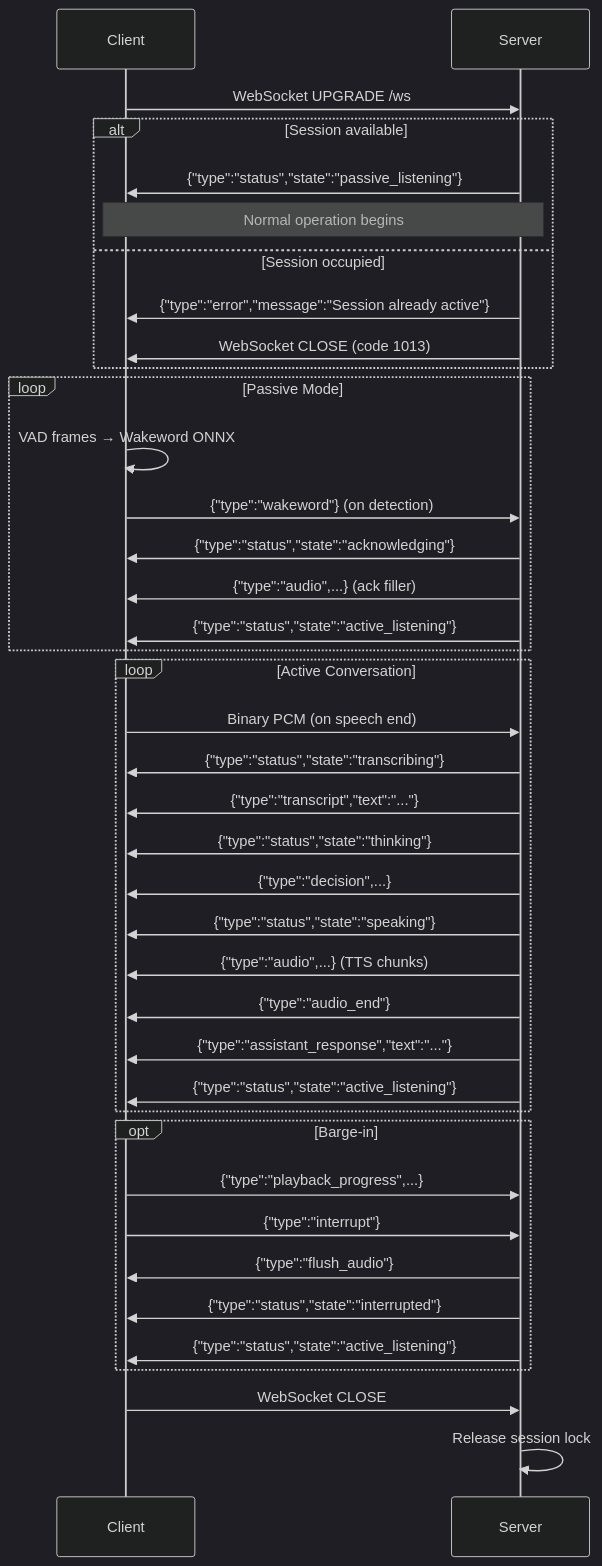
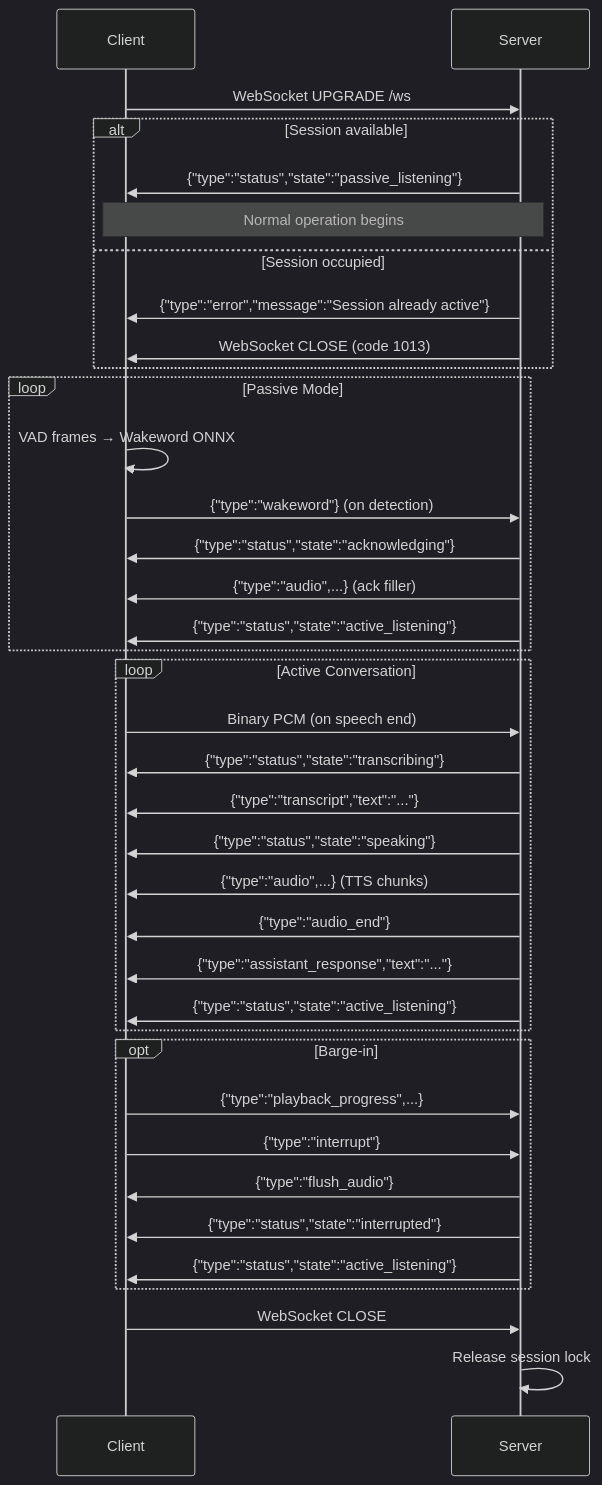
The diagram in specs/001-voice-satellite-core/contracts/websocket-protocol.md (aiden-isaac/vocascade), drawn with Mermaid (dark theme) before and after one commit. The commit also changed other lines of this file and 7 other files, not shown here.

````diff
--- a/specs/001-voice-satellite-core/contracts/websocket-protocol.md
+++ b/specs/001-voice-satellite-core/contracts/websocket-protocol.md
@@ -148,41 +132,39 @@
 ```mermaid
 sequenceDiagram
     participant C as Client
     participant S as Server
     C->>S: WebSocket UPGRADE /ws
     alt Session available
         S->>C: {"type":"status","state":"passive_listening"}
         Note over C,S: Normal operation begins
     else Session occupied
         S->>C: {"type":"error","message":"Session already active"}
         S->>C: WebSocket CLOSE (code 1013)
     end
     loop Passive Mode
         C->>C: VAD frames → Wakeword ONNX
         C->>S: {"type":"wakeword"} (on detection)
         S->>C: {"type":"status","state":"acknowledging"}
         S->>C: {"type":"audio",...} (ack filler)
         S->>C: {"type":"status","state":"active_listening"}
     end
     loop Active Conversation
         C->>S: Binary PCM (on speech end)
         S->>C: {"type":"status","state":"transcribing"}
         S->>C: {"type":"transcript","text":"..."}
-        S->>C: {"type":"status","state":"thinking"}
-        S->>C: {"type":"decision",...}
         S->>C: {"type":"status","state":"speaking"}
         S->>C: {"type":"audio",...} (TTS chunks)
         S->>C: {"type":"audio_end"}
         S->>C: {"type":"assistant_response","text":"..."}
         S->>C: {"type":"status","state":"active_listening"}
     end
     opt Barge-in
         C->>S: {"type":"playback_progress",...}
         C->>S: {"type":"interrupt"}
         S->>C: {"type":"flush_audio"}
         S->>C: {"type":"status","state":"interrupted"}
         S->>C: {"type":"status","state":"active_listening"}
     end
     C->>S: WebSocket CLOSE
     S->>S: Release session lock
 ```
````
